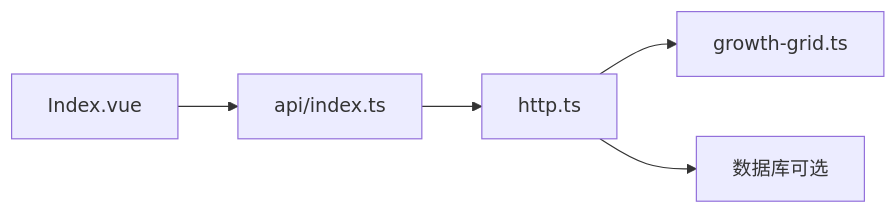
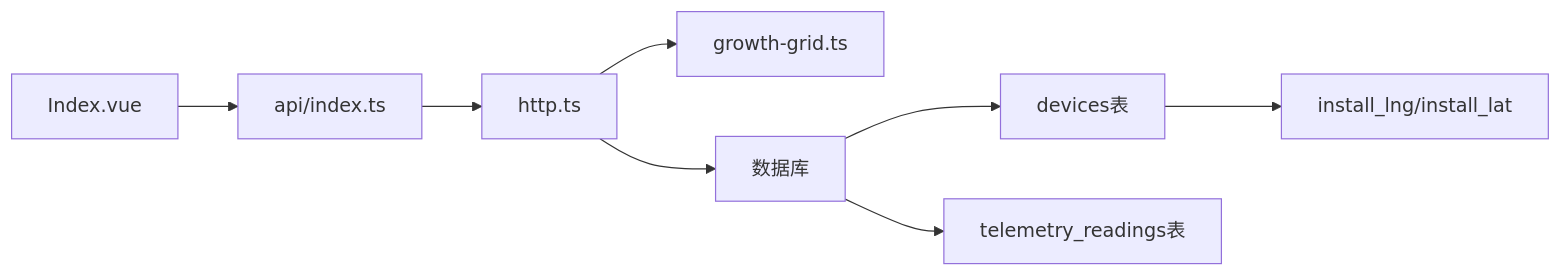
The eighth of 8 diagrams in .qoder/repowiki/zh/content/核心服务文档/遥测数据服务/地块生长网格热力图.md (q446328246/agri-platform), drawn with Mermaid before and after one commit. The commit also changed other lines of this file and 47 other files, not shown here.

````diff
--- a/.qoder/repowiki/zh/content/核心服务文档/遥测数据服务/地块生长网格热力图.md
+++ b/.qoder/repowiki/zh/content/核心服务文档/遥测数据服务/地块生长网格热力图.md
@@ -267,7 +326,10 @@
 ```mermaid
 graph LR
 IndexVue["Index.vue"] --> ApiIndex["api/index.ts"]
 ApiIndex --> HttpTs["http.ts"]
 HttpTs --> GrowthGridTs["growth-grid.ts"]
-HttpTs --> DB["数据库可选"]
+HttpTs --> DB["数据库"]
+DB --> Devices["devices表"]
+DB --> Readings["telemetry_readings表"]
+Devices --> InstallCoords["install_lng/install_lat"]
 ```
````
